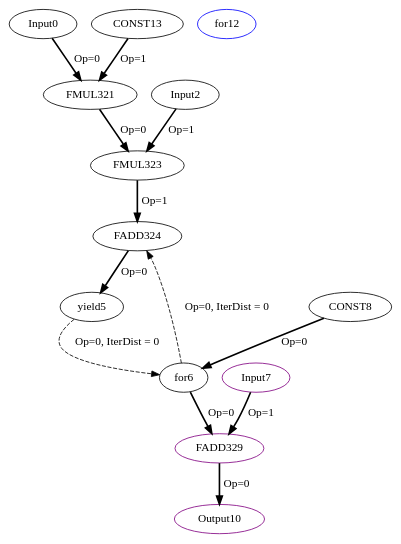
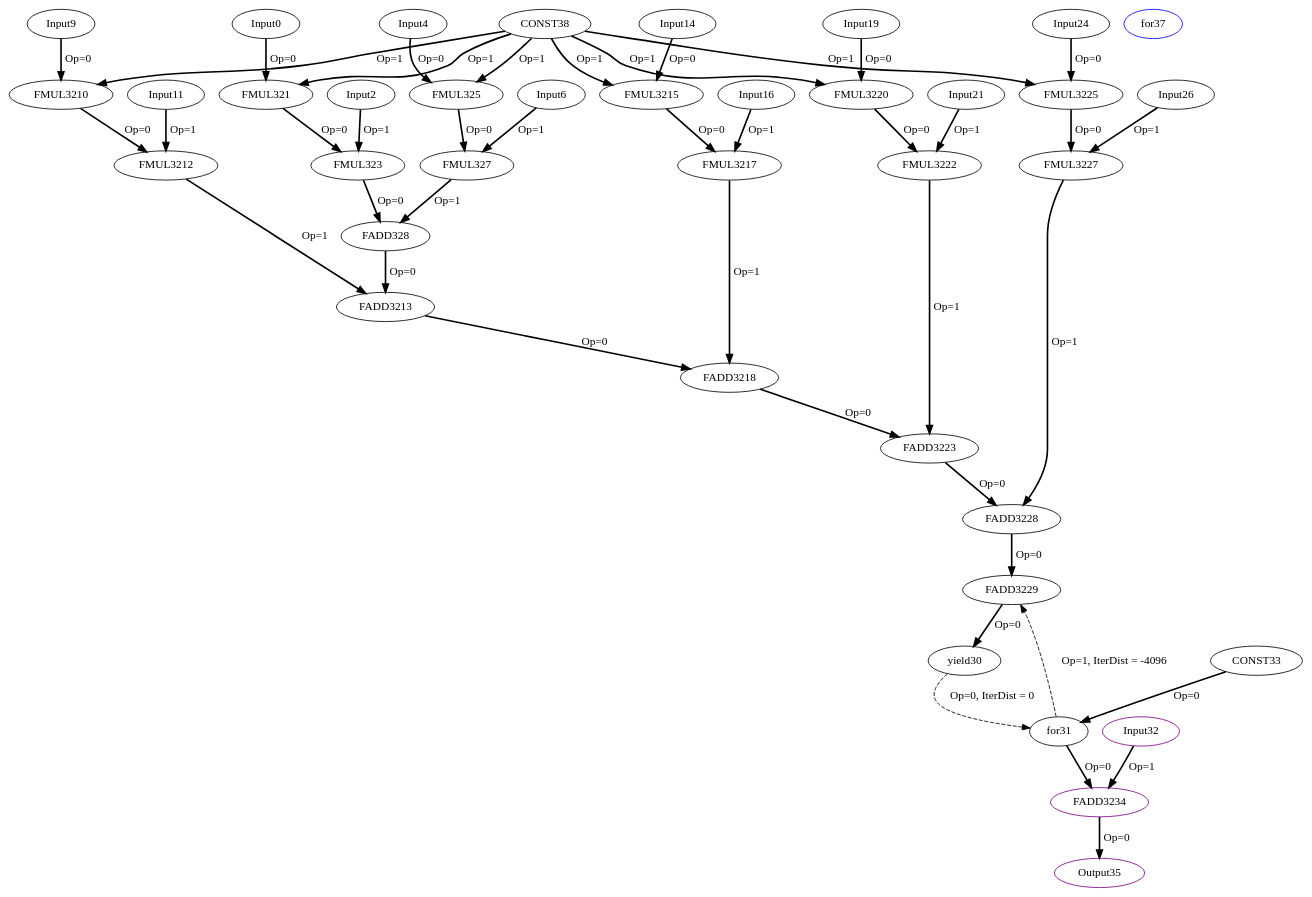
Before and after one commit to MIONkb/adora-compiler: the diagram in experiment/Cbenchmarks/Polybench/linear-algebra/blas/gemm/IR/tempfiles/kernel_gemm_1_1_CDFG.dot, drawn with Graphviz. The commit also changed 135 other files, not shown here.

```diff
--- a/experiment/Cbenchmarks/Polybench/linear-algebra/blas/gemm/IR/tempfiles/kernel_gemm_1_1_CDFG.dot
+++ b/experiment/Cbenchmarks/Polybench/linear-algebra/blas/gemm/IR/tempfiles/kernel_gemm_1_1_CDFG.dot
@@ -1,27 +1,82 @@
 Digraph G {
-Input0[opcode = "Input", ref_name="kernel_gemm_1_1", size="120", offset="0,0", pattern="4,30,-116,25", color = black];
+Input0[opcode = "Input", ref_name="kernel_gemm_1_3", size="120", offset="0,0", pattern="24,5,-96,25", color = black];
 FMUL321[opcode = "FMUL32", color = black];
-Input2[opcode = "Input", ref_name="kernel_gemm_1_2", size="3000", offset="0,0", pattern="100,30,-2896,25", color = black];
+Input2[opcode = "Input", ref_name="kernel_gemm_1_4", size="3000", offset="0,0", pattern="600,5,-2396,25", color = black];
 FMUL323[opcode = "FMUL32", color = black];
-FADD324[opcode = "FADD32", color = black];
-yield5[opcode = "yield", color = black];
-for6[opcode = "for", color = black];
-Input7[opcode = "Input", ref_name="kernel_gemm_1_0", size="100", offset="0,0", pattern="0,30,4,25", color = purple];
-CONST8[opcode = "CONST", value="0x00000000", color = black];
-FADD329[opcode = "FADD32", color = purple];
-Output10[opcode = "Output", ref_name="kernel_gemm_1_3", size="100", offset="0,0", pattern="0,30,4,25", color = purple];
-for12[opcode = "for", color = blue];
-CONST13[opcode = "CONST", value="0x3FC00000", color = black];
+Input4[opcode = "Input", ref_name="kernel_gemm_1_3", size="120", offset="0,4", pattern="24,5,-96,25", color = black];
+FMUL325[opcode = "FMUL32", color = black];
+Input6[opcode = "Input", ref_name="kernel_gemm_1_4", size="3000", offset="0,100", pattern="600,5,-2396,25", color = black];
+FMUL327[opcode = "FMUL32", color = black];
+FADD328[opcode = "FADD32", color = black];
+Input9[opcode = "Input", ref_name="kernel_gemm_1_3", size="120", offset="0,8", pattern="24,5,-96,25", color = black];
+FMUL3210[opcode = "FMUL32", color = black];
+Input11[opcode = "Input", ref_name="kernel_gemm_1_4", size="3000", offset="0,200", pattern="600,5,-2396,25", color = black];
+FMUL3212[opcode = "FMUL32", color = black];
+FADD3213[opcode = "FADD32", color = black];
+Input14[opcode = "Input", ref_name="kernel_gemm_1_3", size="120", offset="0,12", pattern="24,5,-96,25", color = black];
+FMUL3215[opcode = "FMUL32", color = black];
+Input16[opcode = "Input", ref_name="kernel_gemm_1_4", size="3000", offset="0,300", pattern="600,5,-2396,25", color = black];
+FMUL3217[opcode = "FMUL32", color = black];
+FADD3218[opcode = "FADD32", color = black];
+Input19[opcode = "Input", ref_name="kernel_gemm_1_3", size="120", offset="0,16", pattern="24,5,-96,25", color = black];
+FMUL3220[opcode = "FMUL32", color = black];
+Input21[opcode = "Input", ref_name="kernel_gemm_1_4", size="3000", offset="0,400", pattern="600,5,-2396,25", color = black];
+FMUL3222[opcode = "FMUL32", color = black];
+FADD3223[opcode = "FADD32", color = black];
+Input24[opcode = "Input", ref_name="kernel_gemm_1_3", size="120", offset="0,20", pattern="24,5,-96,25", color = black];
+FMUL3225[opcode = "FMUL32", color = black];
+Input26[opcode = "Input", ref_name="kernel_gemm_1_4", size="3000", offset="0,500", pattern="600,5,-2396,25", color = black];
+FMUL3227[opcode = "FMUL32", color = black];
+FADD3228[opcode = "FADD32", color = black];
+FADD3229[opcode = "FADD32", color = black];
+yield30[opcode = "yield", color = black];
+for31[opcode = "for", color = black];
+Input32[opcode = "Input", ref_name="kernel_gemm_1_2", size="100", offset="0,0", pattern="0,5,4,25", color = purple];
+CONST33[opcode = "CONST", value="0x00000000", color = black];
+FADD3234[opcode = "FADD32", color = purple];
+Output35[opcode = "Output", ref_name="kernel_gemm_1_5", size="100", offset="0,0", pattern="0,5,4,25", color = purple];
+for37[opcode = "for", color = blue];
+CONST38[opcode = "CONST", value="0x3FC00000", color = black];
 Input0 -> FMUL321[color = black, style = bold, operand = 0, label = "Op=0"];
-CONST13 -> FMUL321[color = black, style = bold, operand = 1, label = "Op=1"];
+CONST38 -> FMUL321[color = black, style = bold, operand = 1, label = "Op=1"];
 FMUL321 -> FMUL323[color = black, style = bold, operand = 0, label = "Op=0"];
 Input2 -> FMUL323[color = black, style = bold, operand = 1, label = "Op=1"];
-for6 -> FADD324[color = black, style = dashed, operand = 0, iterdist = 0, label = "Op=0, IterDist = 0"];
-FMUL323 -> FADD324[color = black, style = bold, operand = 1, label = "Op=1"];
-FADD324 -> yield5[color = black, style = bold, operand = 0, label = "Op=0"];
-CONST8 -> for6[color = black, style = bold, operand = 0, label = "Op=0"];
-for6 -> FADD329[color = black, style = bold, operand = 0, label = "Op=0"];
-Input7 -> FADD329[color = black, style = bold, operand = 1, label = "Op=1"];
-FADD329 -> Output10[color = black, style = bold, operand = 0, label = "Op=0"];
-yield5 -> for6[color = black, style = dashed, operand = 0, iterdist = 0, label = "Op=0, IterDist = 0"];
+Input4 -> FMUL325[color = black, style = bold, operand = 0, label = "Op=0"];
+CONST38 -> FMUL325[color = black, style = bold, operand = 1, label = "Op=1"];
+FMUL325 -> FMUL327[color = black, style = bold, operand = 0, label = "Op=0"];
+Input6 -> FMUL327[color = black, style = bold, operand = 1, label = "Op=1"];
+FMUL323 -> FADD328[color = black, style = bold, operand = 0, label = "Op=0"];
+FMUL327 -> FADD328[color = black, style = bold, operand = 1, label = "Op=1"];
+Input9 -> FMUL3210[color = black, style = bold, operand = 0, label = "Op=0"];
+CONST38 -> FMUL3210[color = black, style = bold, operand = 1, label = "Op=1"];
+FMUL3210 -> FMUL3212[color = black, style = bold, operand = 0, label = "Op=0"];
+Input11 -> FMUL3212[color = black, style = bold, operand = 1, label = "Op=1"];
+FADD328 -> FADD3213[color = black, style = bold, operand = 0, label = "Op=0"];
+FMUL3212 -> FADD3213[color = black, style = bold, operand = 1, label = "Op=1"];
+Input14 -> FMUL3215[color = black, style = bold, operand = 0, label = "Op=0"];
+CONST38 -> FMUL3215[color = black, style = bold, operand = 1, label = "Op=1"];
+FMUL3215 -> FMUL3217[color = black, style = bold, operand = 0, label = "Op=0"];
+Input16 -> FMUL3217[color = black, style = bold, operand = 1, label = "Op=1"];
+FADD3213 -> FADD3218[color = black, style = bold, operand = 0, label = "Op=0"];
+FMUL3217 -> FADD3218[color = black, style = bold, operand = 1, label = "Op=1"];
+Input19 -> FMUL3220[color = black, style = bold, operand = 0, label = "Op=0"];
+CONST38 -> FMUL3220[color = black, style = bold, operand = 1, label = "Op=1"];
+FMUL3220 -> FMUL3222[color = black, style = bold, operand = 0, label = "Op=0"];
+Input21 -> FMUL3222[color = black, style = bold, operand = 1, label = "Op=1"];
+FADD3218 -> FADD3223[color = black, style = bold, operand = 0, label = "Op=0"];
+FMUL3222 -> FADD3223[color = black, style = bold, operand = 1, label = "Op=1"];
+Input24 -> FMUL3225[color = black, style = bold, operand = 0, label = "Op=0"];
+CONST38 -> FMUL3225[color = black, style = bold, operand = 1, label = "Op=1"];
+FMUL3225 -> FMUL3227[color = black, style = bold, operand = 0, label = "Op=0"];
+Input26 -> FMUL3227[color = black, style = bold, operand = 1, label = "Op=1"];
+FADD3223 -> FADD3228[color = black, style = bold, operand = 0, label = "Op=0"];
+FMUL3227 -> FADD3228[color = black, style = bold, operand = 1, label = "Op=1"];
+FADD3228 -> FADD3229[color = black, style = bold, operand = 0, label = "Op=0"];
+for31 -> FADD3229[color = black, style = dashed, operand = 1, iterdist = -4096, label = "Op=1, IterDist = -4096"];
+FADD3229 -> yield30[color = black, style = bold, operand = 0, label = "Op=0"];
+CONST33 -> for31[color = black, style = bold, operand = 0, label = "Op=0"];
+for31 -> FADD3234[color = black, style = bold, operand = 0, label = "Op=0"];
+Input32 -> FADD3234[color = black, style = bold, operand = 1, label = "Op=1"];
+FADD3234 -> Output35[color = black, style = bold, operand = 0, label = "Op=0"];
+yield30 -> for31[color = black, style = dashed, operand = 0, iterdist = 0, label = "Op=0, IterDist = 0"];
 }
```
